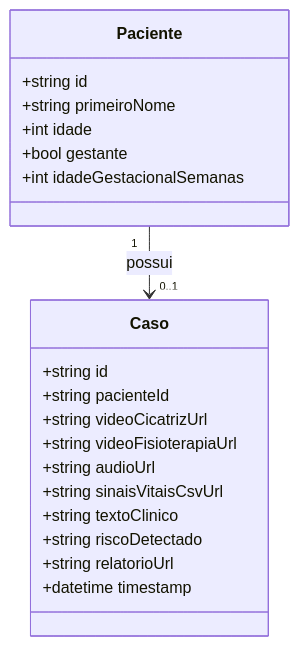
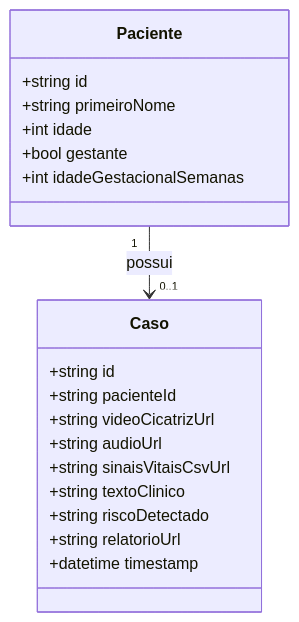
Before and after one commit to nurycaroline/8iadt-tc-fase4: the diagram in docs/arquitetura.md, drawn with Mermaid. The commit also changed other lines of this file and 21 other files, not shown here.

````diff
--- a/docs/arquitetura.md
+++ b/docs/arquitetura.md
@@ -94,23 +94,22 @@
 ```mermaid
 classDiagram
     class Paciente {
       +string id
       +string primeiroNome
       +int idade
       +bool gestante
       +int idadeGestacionalSemanas
     }
     class Caso {
       +string id
       +string pacienteId
       +string videoCicatrizUrl
-      +string videoFisioterapiaUrl
       +string audioUrl
       +string sinaisVitaisCsvUrl
       +string textoClinico
       +string riscoDetectado
       +string relatorioUrl
       +datetime timestamp
     }
     Paciente "1" --> "0..1" Caso : possui
 ```
````
